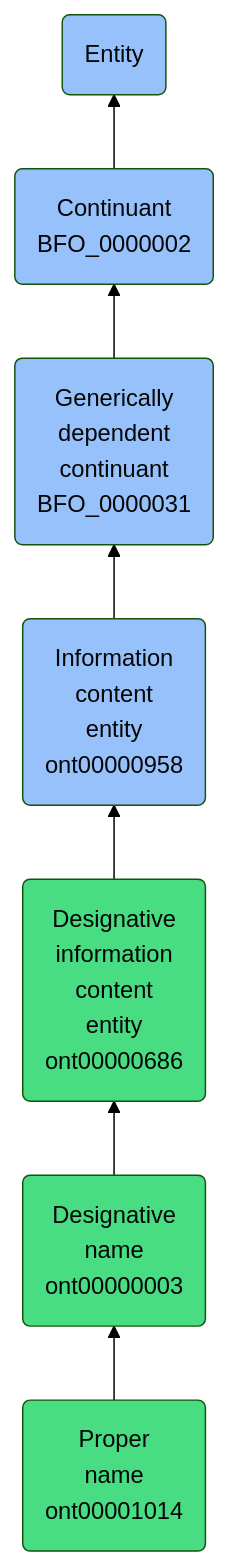
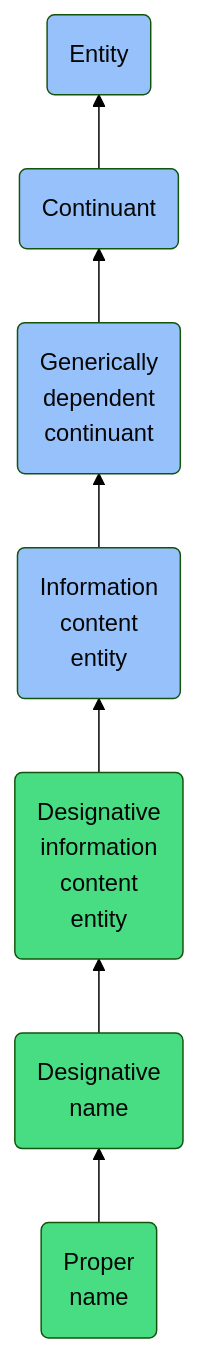
One commit to jupyter-naas/abi changed the diagram in docs/ontology/reference/model/Entity/Continuant/Generically dependent continuant/Information content entity/Designative information content entity/Designative name/Proper name/Proper name.md. Above: the diagram before and after it, drawn with Mermaid (forest theme). The commit also changed other lines of this file and 1430 other files, not shown here.

````diff
--- a/docs/ontology/reference/model/Entity/Continuant/Generically dependent continuant/Information content entity/Designative information content entity/Designative name/Proper name/Proper name.md
+++ b/docs/ontology/reference/model/Entity/Continuant/Generically dependent continuant/Information content entity/Designative information content entity/Designative name/Proper name/Proper name.md
@@ -24,14 +24,14 @@
 ```mermaid
 graph BT
-    ont00001014(Proper<br>name<br>ont00001014):::ABI-->ont00000003
-    ont00000003(Designative<br>name<br>ont00000003):::ABI-->ont00000686
-    ont00000686(Designative<br>information<br>content<br>entity<br>ont00000686):::ABI-->ont00000958
-    ont00000958(Information<br>content<br>entity<br>ont00000958):::BFO-->BFO_0000031
-    BFO_0000031(Generically<br>dependent<br>continuant<br>BFO_0000031):::BFO-->BFO_0000002
-    BFO_0000002(Continuant<br>BFO_0000002):::BFO-->BFO_0000001
+    ont00001014(Proper<br>name):::ABI-->ont00000003
+    ont00000003(Designative<br>name):::ABI-->ont00000686
+    ont00000686(Designative<br>information<br>content<br>entity):::ABI-->ont00000958
+    ont00000958(Information<br>content<br>entity):::BFO-->BFO_0000031
+    BFO_0000031(Generically<br>dependent<br>continuant):::BFO-->BFO_0000002
+    BFO_0000002(Continuant):::BFO-->BFO_0000001
     BFO_0000001(Entity):::BFO
     
     classDef BFO fill:#97c1fb,color:#060606
     classDef CCO fill:#e4c51e,color:#060606
     classDef ABI fill:#48DD82,color:#060606
 ```
````
